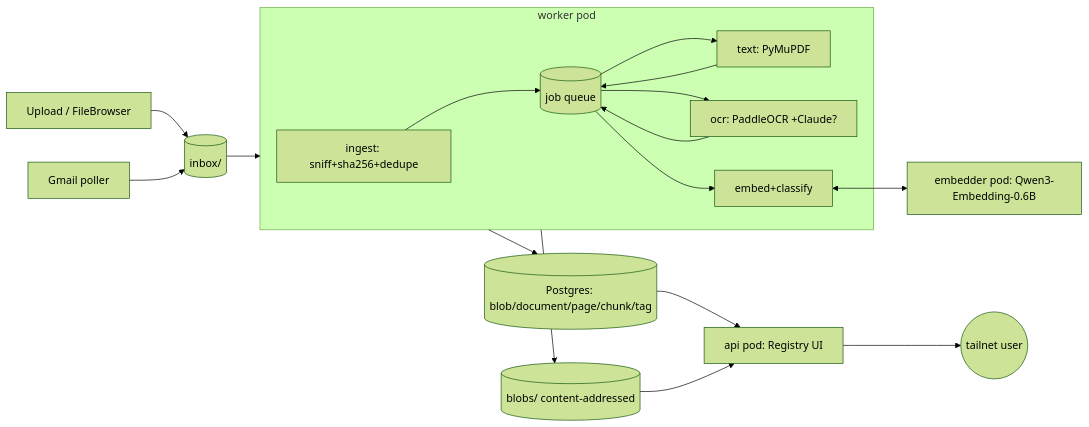
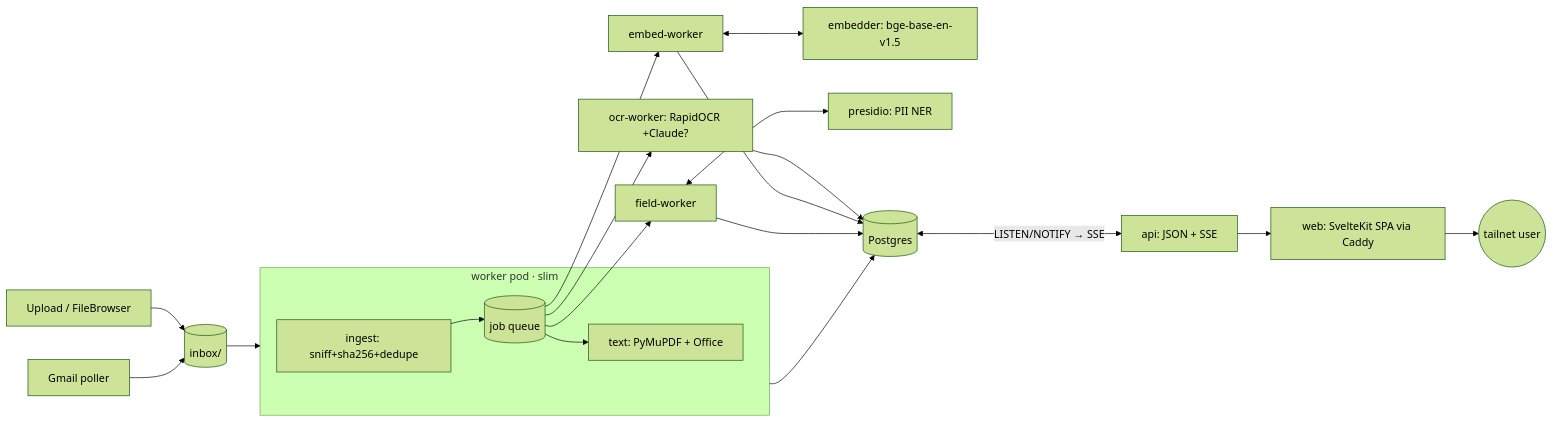
The diagram in doc-catalog/README.md (rj-1234/homelab), drawn with Mermaid (forest theme) before and after one commit. The commit also changed other lines of this file, not shown here.

First line of the commit message:
docs(doc-catalog): refresh README to current architecture

````diff
--- a/doc-catalog/README.md
+++ b/doc-catalog/README.md
@@ -28,18 +34,22 @@
 ```mermaid
 flowchart LR
   up[Upload / FileBrowser] --> inbox[(inbox/)]
   gm[Gmail poller] --> inbox
   inbox --> worker
-  subgraph worker[worker pod]
+  subgraph worker[worker pod · slim]
     ing[ingest: sniff+sha256+dedupe] --> q[(job queue)]
-    q --> txt[text: PyMuPDF] --> q
-    q --> ocr[ocr: PaddleOCR +Claude?] --> q
-    q --> emb[embed+classify]
+    q --> txt[text: PyMuPDF + Office]
   end
-  worker --> pg[(Postgres: blob/document/page/chunk/tag)]
-  emb <--> embedder[embedder pod: Qwen3-Embedding-0.6B]
-  worker --> blobs[(blobs/ content-addressed)]
-  pg --> api[api pod: Registry UI]
-  blobs --> api
-  api --> user((tailnet user))
+  q --> ocrw[ocr-worker: RapidOCR +Claude?]
+  q --> embw[embed-worker]
+  q --> fldw[field-worker]
+  embw <--> embedder[embedder: bge-base-en-v1.5]
+  fldw <--> presidio[presidio: PII NER]
+  worker --> pg[(Postgres)]
+  ocrw --> pg
+  embw --> pg
+  fldw --> pg
+  pg <-->|LISTEN/NOTIFY → SSE| api[api: JSON + SSE]
+  api --> web[web: SvelteKit SPA via Caddy]
+  web --> user((tailnet user))
 ```
````
